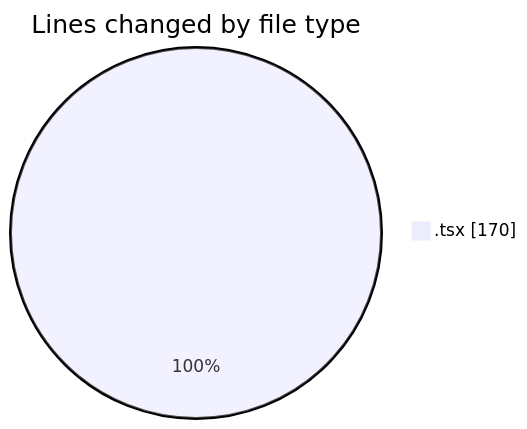
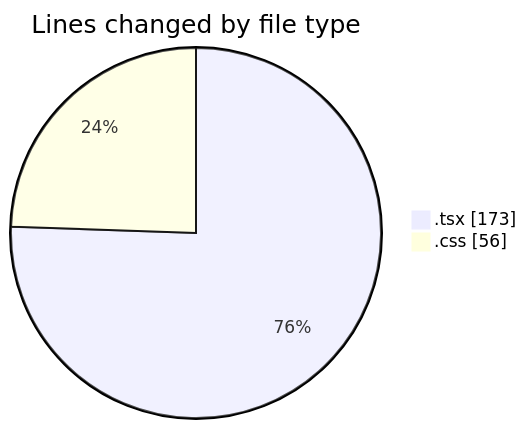
The first of 2 diagrams in 2025-08-04/tw-server/README.md (EIIisD/code-tracking), drawn with Mermaid before and after one commit. The commit also changed other lines of this file and 1 other file, not shown here.

````diff
--- a/2025-08-04/tw-server/README.md
+++ b/2025-08-04/tw-server/README.md
@@ -21,5 +22,6 @@
 ```mermaid
 pie showData
 title Lines changed by file type
-".tsx" : 170
+".tsx" : 173
+".css" : 56
 ```
````
